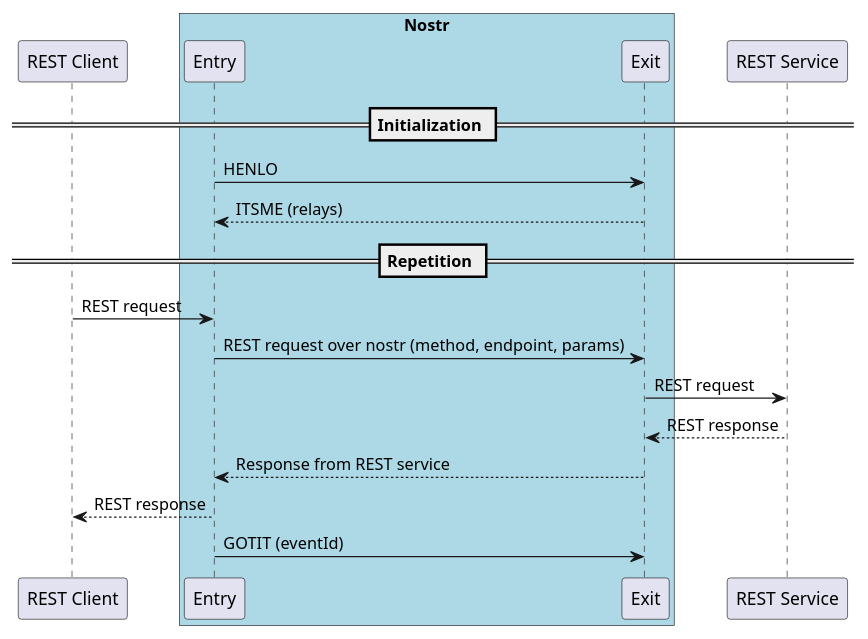
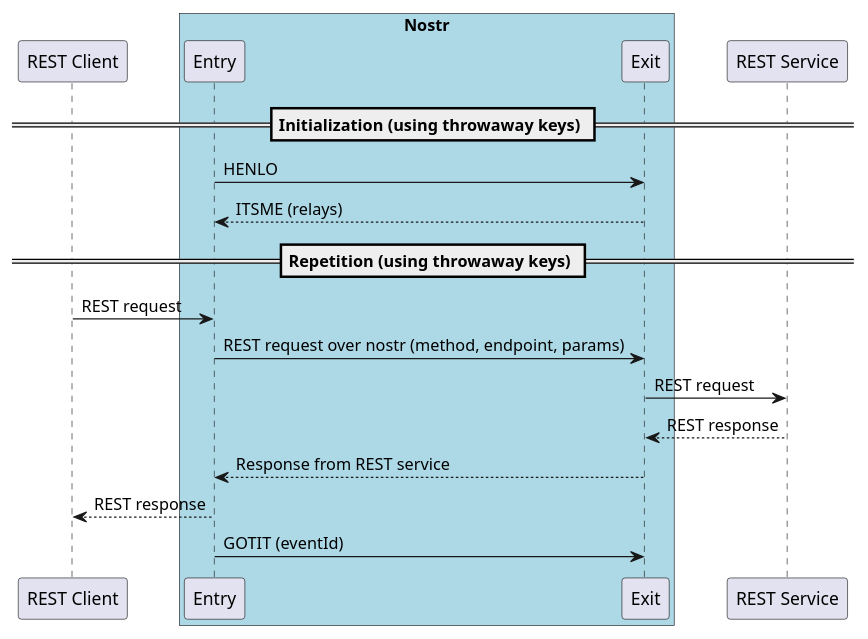
One commit to frodrik-froggo/nostrest changed the diagram in docs/control_flow.puml. Above: the diagram before and after it, drawn with PlantUML. The commit also changed 4 other files, not shown here.

Commit message:
changed diagrams a bit

```diff
--- a/docs/control_flow.puml
+++ b/docs/control_flow.puml
@@ -1,22 +1,22 @@
 @startuml
 participant "REST Client"
 box "Nostr" #LightBlue
 participant Entry
 participant Exit
 end box
 participant "REST Service"
 
-== Initialization ==
+== Initialization (using throwaway keys) ==
 Entry -> Exit: HENLO
 Entry <-- Exit: ITSME (relays)
 
-== Repetition ==
+== Repetition (using throwaway keys) ==
 "REST Client" -> Entry: REST request
 Entry -> Exit: REST request over nostr (method, endpoint, params)
 Exit -> "REST Service": REST request
 Exit <-- "REST Service": REST response
 Entry <-- Exit: Response from REST service
 "REST Client" <-- Entry: REST response
 Entry -> Exit: GOTIT (eventId)
 
 @enduml
```
